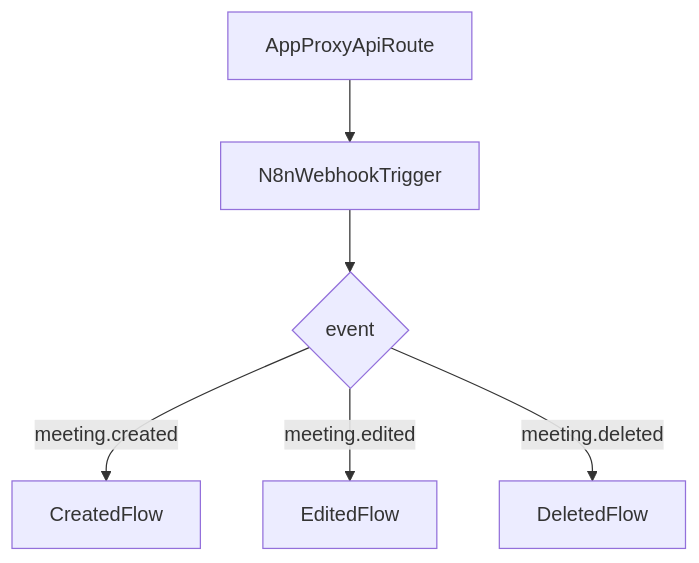
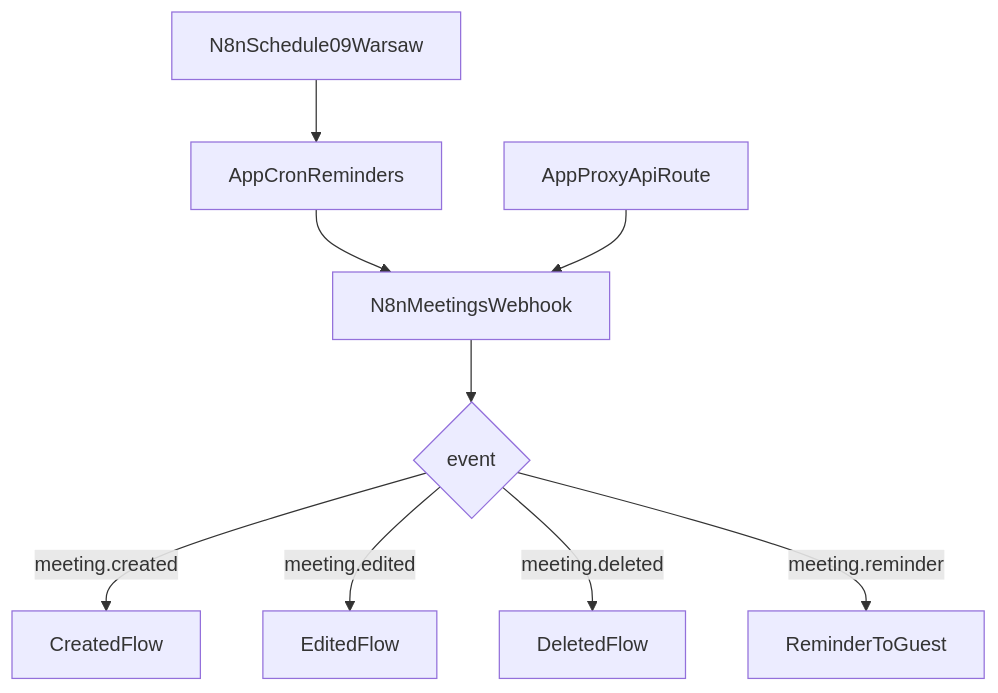
The diagram in docs/n8n-vps-migration.md (joannapietryka/meetings-app), drawn with Mermaid before and after one commit. The commit also changed other lines of this file and 9 other files, not shown here.

First line of the commit message:
Add daily guest meeting reminders via n8n-triggered cron.

````diff
--- a/docs/n8n-vps-migration.md
+++ b/docs/n8n-vps-migration.md
@@ -106,8 +140,11 @@
 ```mermaid
 flowchart TD
-  appProxy[AppProxyApiRoute] --> webhook[N8nWebhookTrigger]
+  schedule[N8nSchedule09Warsaw] --> cronHttp[AppCronReminders]
+  cronHttp --> webhook[N8nMeetingsWebhook]
+  appProxy[AppProxyApiRoute] --> webhook
   webhook --> eventSwitch{event}
   eventSwitch -->|meeting.created| createdFlow[CreatedFlow]
   eventSwitch -->|meeting.edited| editedFlow[EditedFlow]
   eventSwitch -->|meeting.deleted| deletedFlow[DeletedFlow]
+  eventSwitch -->|meeting.reminder| reminderFlow[ReminderToGuest]
 ```
````
